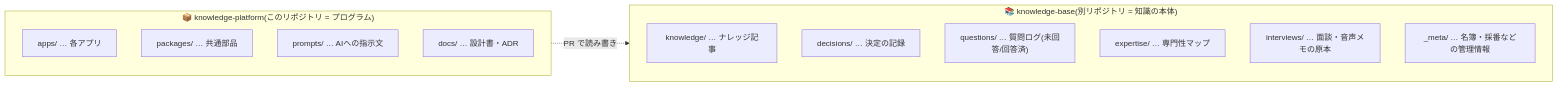
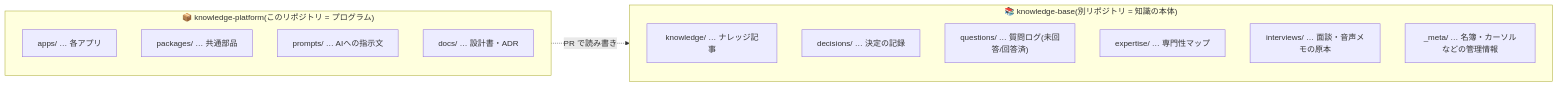
The third of 12 diagrams in docs/system-overview.md (nekogami6666/knowledge-platform), drawn with Mermaid before and after one commit. The commit also changed 29 other files, not shown here.

````diff
--- a/docs/system-overview.md
+++ b/docs/system-overview.md
@@ -135,18 +135,18 @@
 ```mermaid
 flowchart LR
     subgraph CODE["📦 knowledge-platform(このリポジトリ = プログラム)"]
       A["apps/ … 各アプリ"]
       PK["packages/ … 共通部品"]
       PR["prompts/ … AIへの指示文"]
       DC["docs/ … 設計書・ADR"]
     end
     subgraph DATA["📚 knowledge-base(別リポジトリ = 知識の本体)"]
       KN["knowledge/ … ナレッジ記事"]
       DE["decisions/ … 決定の記録"]
       QU["questions/ … 質問ログ(未回答/回答済)"]
       EXd["expertise/ … 専門性マップ"]
       IN["interviews/ … 面談・音声メモの原本"]
-      MT["_meta/ … 名簿・採番などの管理情報"]
+      MT["_meta/ … 名簿・カーソルなどの管理情報"]
     end
     CODE -. PR で読み書き .-> DATA
 ```
````
